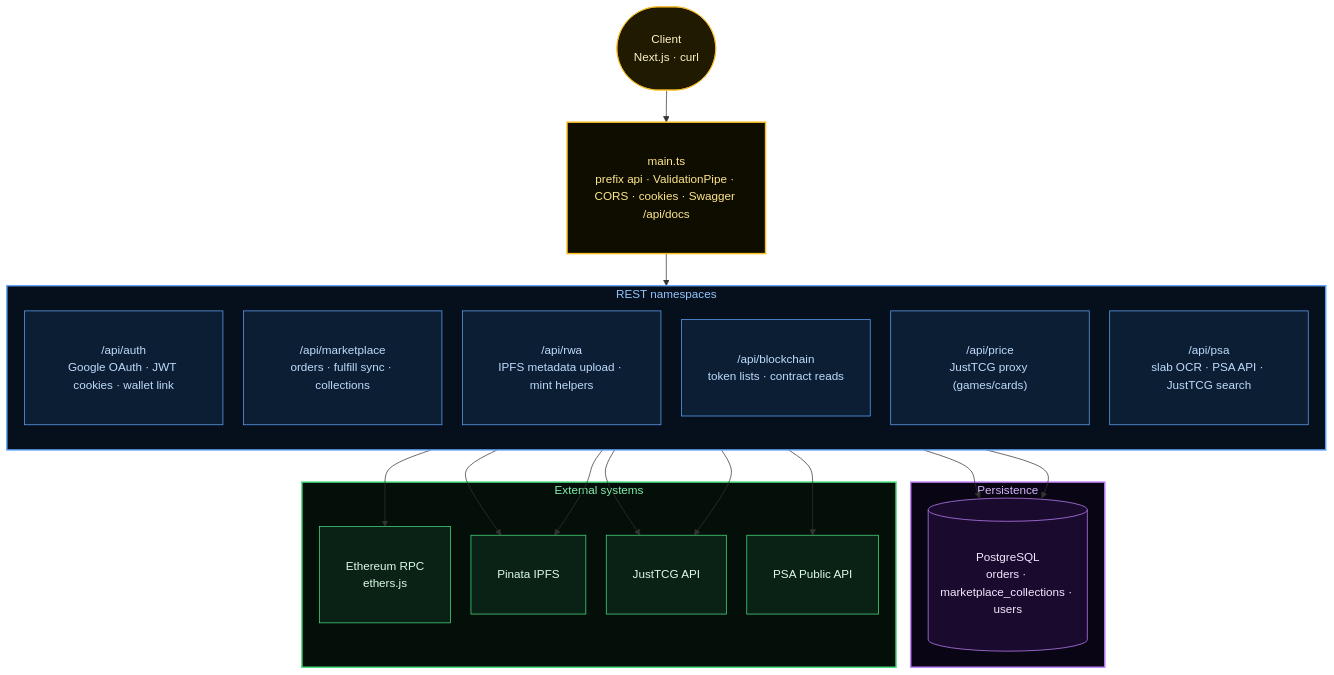
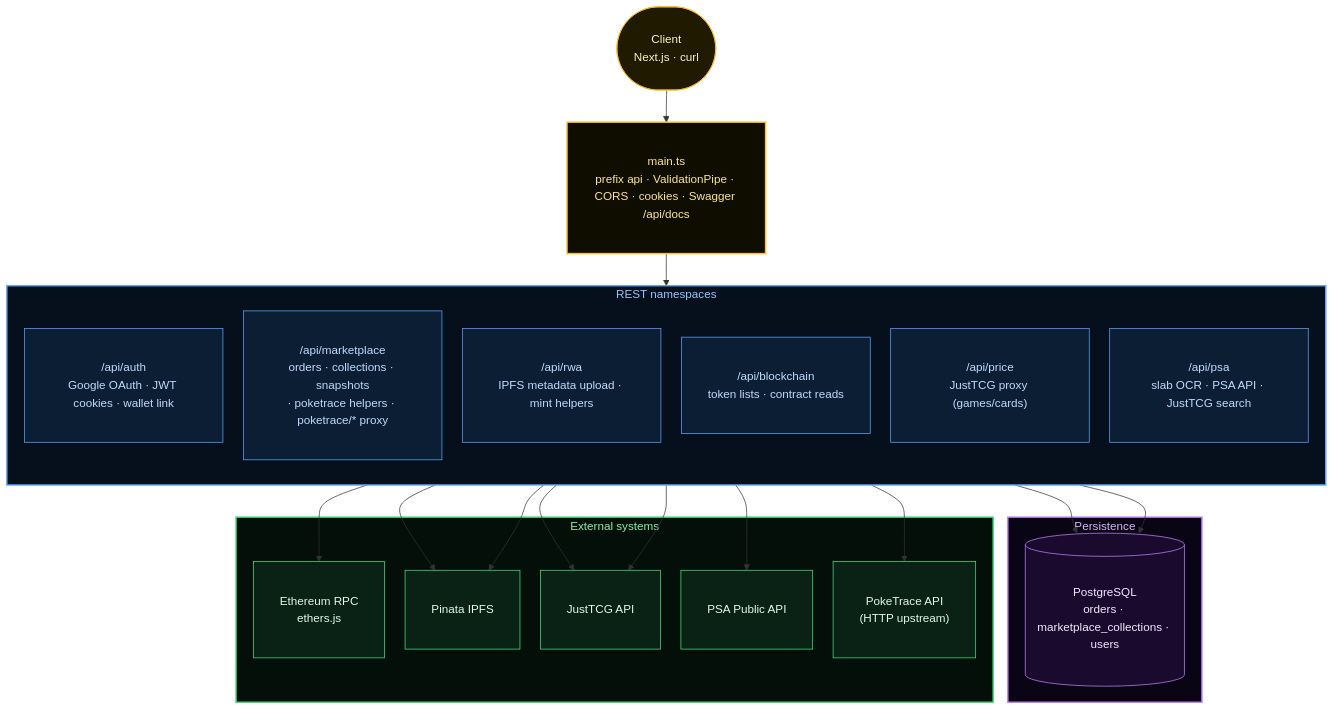
One commit to tokenable-dev/tokenable-dev changed the ninth of 11 diagrams in docs/diagrams/marketplace-lifecycle.en.md. Above: the diagram before and after it, drawn with Mermaid. The commit also changed other lines of this file and 26 other files, not shown here.

````diff
--- a/docs/diagrams/marketplace-lifecycle.en.md
+++ b/docs/diagrams/marketplace-lifecycle.en.md
@@ -646,49 +648,51 @@
 ```mermaid
 %%{init: {'flowchart': {'rankSpacing': 44, 'nodeSpacing': 28, 'padding': 18}}}%%
 flowchart TD
     classDef entry fill:#1f1a00,stroke:#fbbf24,color:#fef3c7,padding:8px 14px
     classDef route fill:#0c1e33,stroke:#60a5fa,color:#bfdbfe,padding:8px 14px
     classDef data  fill:#1a0a2e,stroke:#c084fc,color:#f3e8ff,padding:8px 14px
     classDef ext   fill:#0a2215,stroke:#4ade80,color:#dcfce7,padding:8px 14px
 
     CLIENT(["Client<br/>Next.js · curl"]):::entry
 
     GATE["main.ts<br/>prefix api · ValidationPipe · CORS · cookies · Swagger /api/docs"]:::entry
 
     subgraph REST ["REST namespaces"]
         direction TB
         R_AUTH["/api/auth<br/>Google OAuth · JWT cookies · wallet link"]:::route
-        R_MKT["/api/marketplace<br/>orders · fulfill sync · collections"]:::route
+        R_MKT["/api/marketplace<br/>orders · collections · snapshots<br/>· poketrace helpers · poketrace/* proxy"]:::route
         R_RWA["/api/rwa<br/>IPFS metadata upload · mint helpers"]:::route
         R_BC["/api/blockchain<br/>token lists · contract reads"]:::route
         R_PRICE["/api/price<br/>JustTCG proxy (games/cards)"]:::route
         R_PSA["/api/psa<br/>slab OCR · PSA API · JustTCG search"]:::route
     end
 
     subgraph PERSIST ["Persistence"]
         PG[("PostgreSQL<br/>orders · marketplace_collections · users")]:::data
     end
 
     subgraph OUT ["External systems"]
         ETH["Ethereum RPC<br/>ethers.js"]:::ext
         PIN["Pinata IPFS"]:::ext
         JT["JustTCG API"]:::ext
         PSAHTTP["PSA Public API"]:::ext
+        PTR["PokeTrace API<br/>(HTTP upstream)"]:::ext
     end
 
     CLIENT --> GATE
     GATE --> REST
     R_MKT --> PG
+    R_MKT --> PTR
     R_AUTH --> PG
     R_RWA --> PIN
     R_BC --> ETH
     R_PRICE --> JT
     R_PSA --> PIN
     R_PSA --> JT
     R_PSA --> PSAHTTP
 
     style GATE fill:#0f0d00,stroke:#fbbf24,stroke-width:2px,color:#fde68a
     style REST fill:#060f1c,stroke:#60a5fa,stroke-width:2px,color:#93c5fd
     style PERSIST fill:#090514,stroke:#c084fc,stroke-width:2px,color:#d8b4fe
     style OUT fill:#030f08,stroke:#4ade80,stroke-width:2px,color:#86efac
 ```
````
